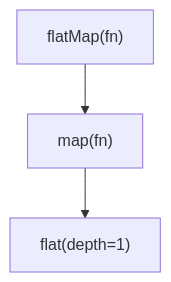
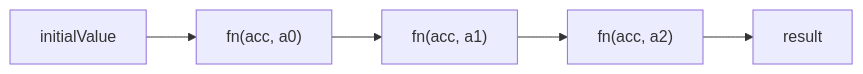
Before and after one commit to prajjwaljogdand/FullstackPreparation: the third of 3 diagrams in docs/javascript/15-arrays.md, drawn with Mermaid. The commit also changed other lines of this file and 91 other files, not shown here.

````diff
--- a/docs/javascript/15-arrays.md
+++ b/docs/javascript/15-arrays.md
@@ -176,5 +258,7 @@
 ```mermaid
-flowchart TD
-  fm["flatMap(fn)"] --> map["map(fn)"]
-  map --> flat1["flat(depth=1)"]
+flowchart LR
+  init["initialValue"] --> s0["fn(acc, a0)"]
+  s0 --> s1["fn(acc, a1)"]
+  s1 --> s2["fn(acc, a2)"]
+  s2 --> out["result"]
 ```
````
